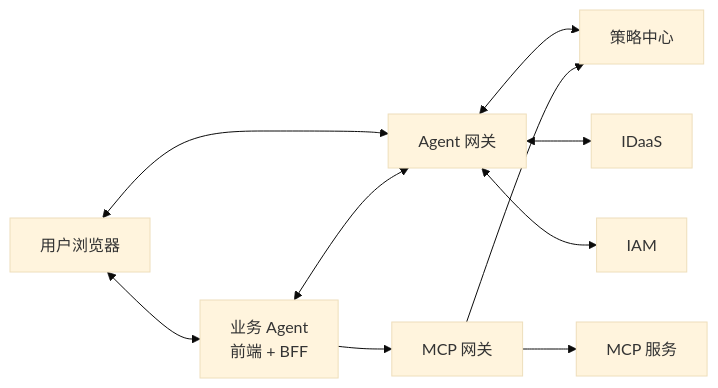
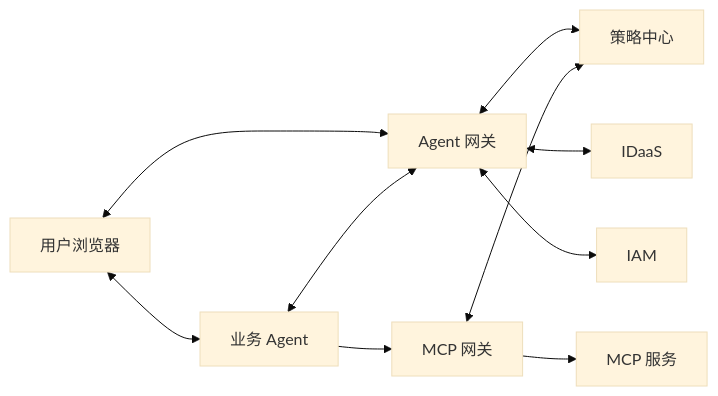
The diagram in docs/final_design/quick_read/01_方案总览.md (xuning117634-ux/auth-design-spec), drawn with Mermaid (base theme) before and after one commit. The commit also changed other lines of this file and 8 other files, not shown here.

````diff
--- a/docs/final_design/quick_read/01_方案总览.md
+++ b/docs/final_design/quick_read/01_方案总览.md
@@ -16,21 +14,21 @@
 ```mermaid
 flowchart LR
     U["用户浏览器"]
-    BA["业务 Agent<br/>前端 + BFF"]
+    A["业务 Agent"]
     GW["Agent 网关"]
     PC["策略中心"]
-    ID["IDaaS"]
+    I["IDaaS"]
     IAM["IAM"]
-    MG["MCP 网关"]
-    MS["MCP 服务"]
+    R["MCP 网关"]
+    S["MCP 服务"]
 
-    U <--> BA
+    U <--> A
     U <--> GW
-    BA <--> GW
+    A <--> GW
     GW <--> PC
-    GW <--> ID
+    GW <--> I
     GW <--> IAM
-    BA --> MG
-    MG --> PC
-    MG --> MS
+    A --> R
+    R <--> PC
+    R --> S
 ```
````
